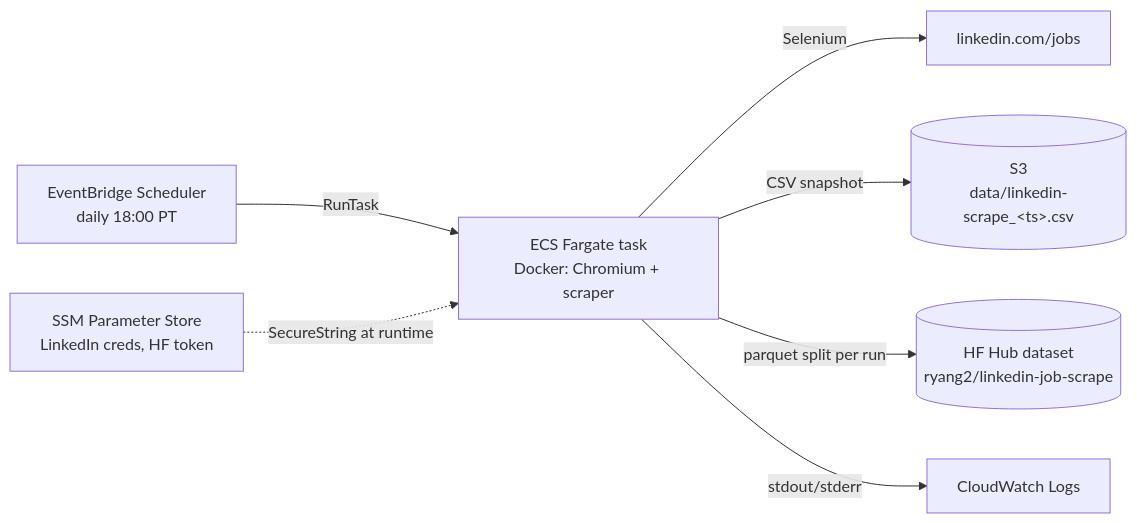
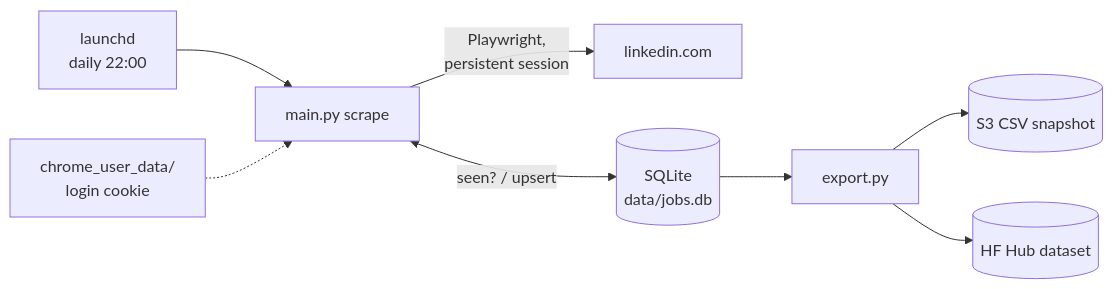
One commit to ryq99/scrape-linkedin-ds-jobs changed the first of 2 diagrams in README.md. Above: the diagram before and after it, drawn with Mermaid. The commit also changed other lines of this file and 5 other files, not shown here.

First line of the commit message:
update README for local Playwright + SQLite architecture

````diff
--- a/README.md
+++ b/README.md
@@ -25,9 +27,10 @@
 ```mermaid
 flowchart LR
-    EB[EventBridge Scheduler<br/>daily 18:00 PT] -->|RunTask| ECS[ECS Fargate task<br/>Docker: Chromium + scraper]
-    SSM[SSM Parameter Store<br/>LinkedIn creds, HF token] -.->|SecureString at runtime| ECS
-    ECS -->|Selenium| LI[linkedin.com/jobs]
-    ECS -->|CSV snapshot| S3[(S3<br/>data/linkedin-scrape_&lt;ts&gt;.csv)]
-    ECS -->|parquet split per run| HF[(HF Hub dataset<br/>ryang2/linkedin-job-scrape)]
-    ECS -->|stdout/stderr| CW[CloudWatch Logs]
+    LD[launchd<br/>daily 22:00] --> M["main.py scrape"]
+    M -->|Playwright,<br/>persistent session| LI[linkedin.com]
+    M <-->|"seen? / upsert"| DB[(SQLite<br/>data/jobs.db)]
+    DB --> EX[export.py]
+    EX --> S3[(S3 CSV snapshot)]
+    EX --> HF[(HF Hub dataset)]
+    CP[chrome_user_data/<br/>login cookie] -.-> M
 ```
````
